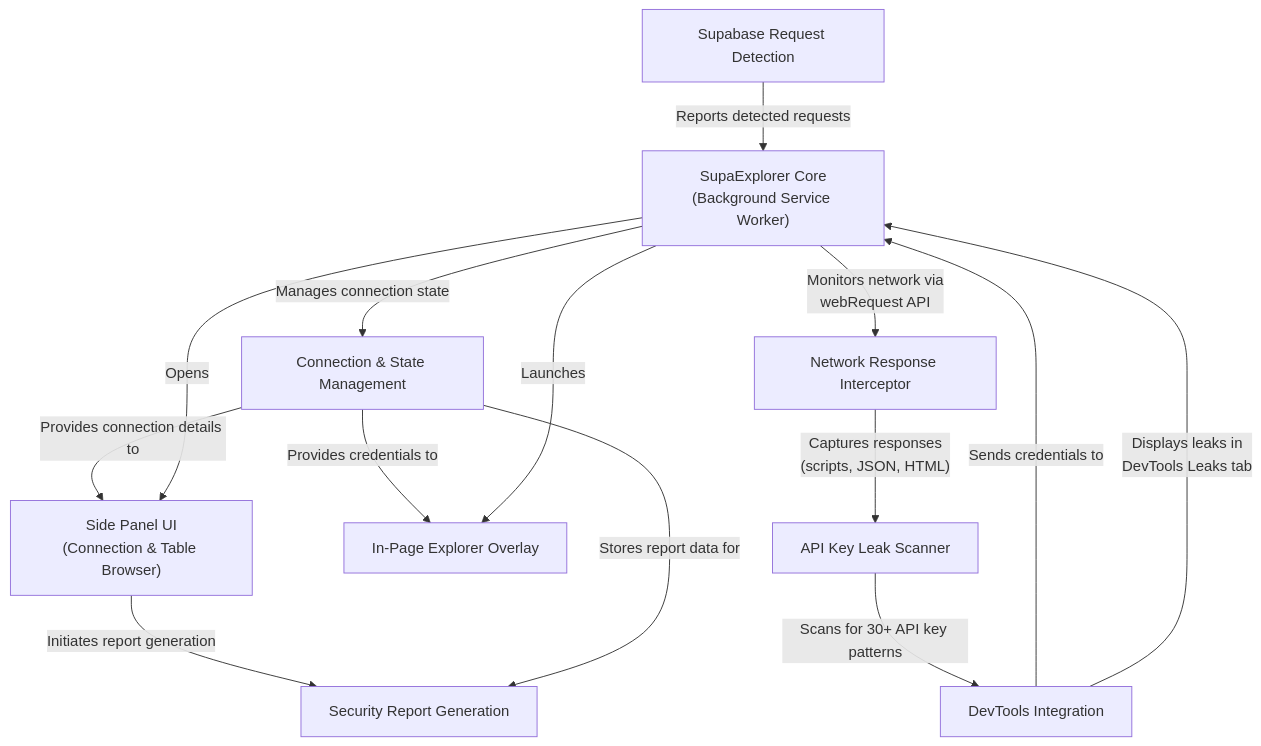
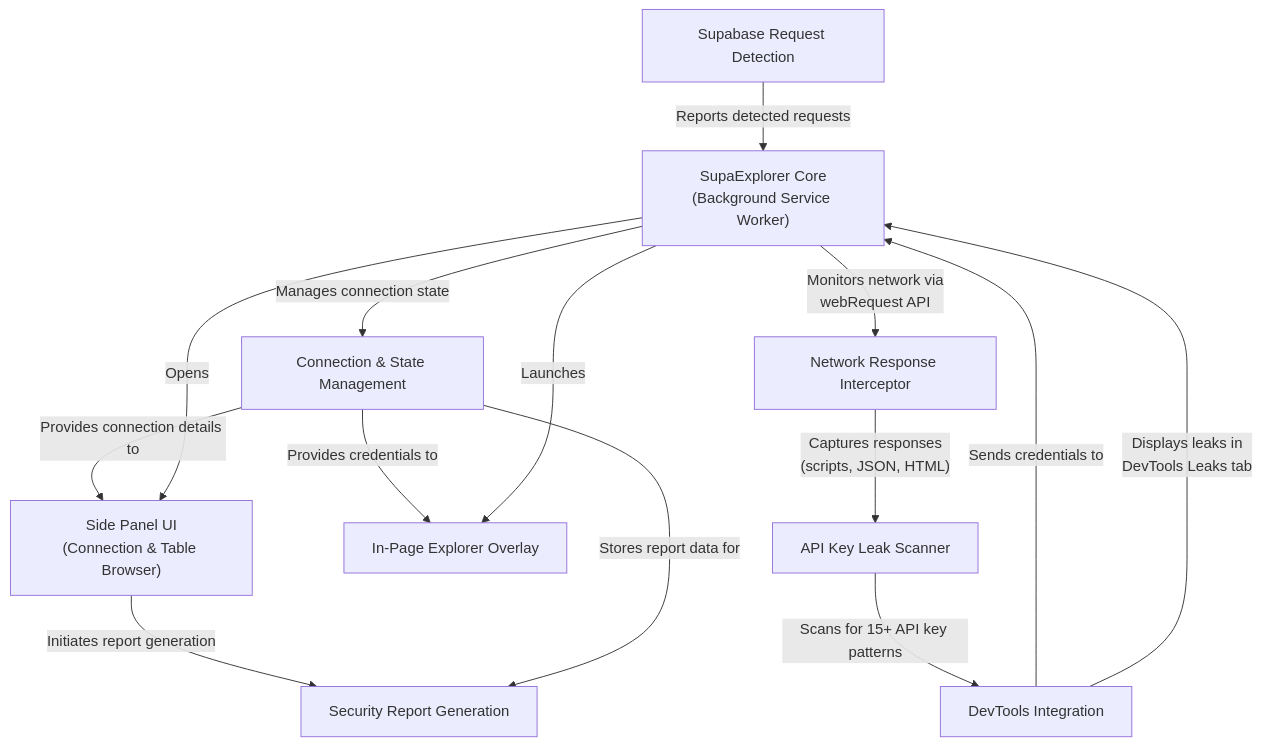
The diagram in README.md (ToritoIO/SupaExplorer), drawn with Mermaid before and after one commit. The commit also changed other lines of this file and 2 other files, not shown here.

Commit message:
Update architecture diagram and README to reflect changes in API key detection capabilities, including the addition of static scanner for hardcoded credentials and adjustments to the number of recognized patterns. Increment version to 0.2.5 in manifest.json for improved service descriptions.

````diff
--- a/README.md
+++ b/README.md
@@ -8,27 +8,27 @@
 ```mermaid
 flowchart TD
     A0["SupaExplorer Core<br/>(Background Service Worker)"]
     A1["Supabase Request Detection"]
     A2["Connection & State Management"]
     A3["Side Panel UI<br/>(Connection & Table Browser)"]
     A4["In-Page Explorer Overlay"]
     A5["DevTools Integration"]
     A6["Security Report Generation"]
     A7["API Key Leak Scanner"]
     A8["Network Response Interceptor"]
     
     A1 -- "Reports detected requests" --> A0
     A0 -- "Manages connection state" --> A2
     A5 -- "Sends credentials to" --> A0
     A2 -- "Provides connection details to" --> A3
     A2 -- "Provides credentials to" --> A4
     A3 -- "Initiates report generation" --> A6
     A0 -- "Launches" --> A4
     A0 -- "Opens" --> A3
     A2 -- "Stores report data for" --> A6
     
     A8 -- "Captures responses<br/>(scripts, JSON, HTML)" --> A7
-    A7 -- "Scans for 30+ API key patterns" --> A5
+    A7 -- "Scans for 15+ API key patterns" --> A5
     A5 -- "Displays leaks in<br/>DevTools Leaks tab" --> A0
     A0 -- "Monitors network via<br/>webRequest API" --> A8
 ```
````
